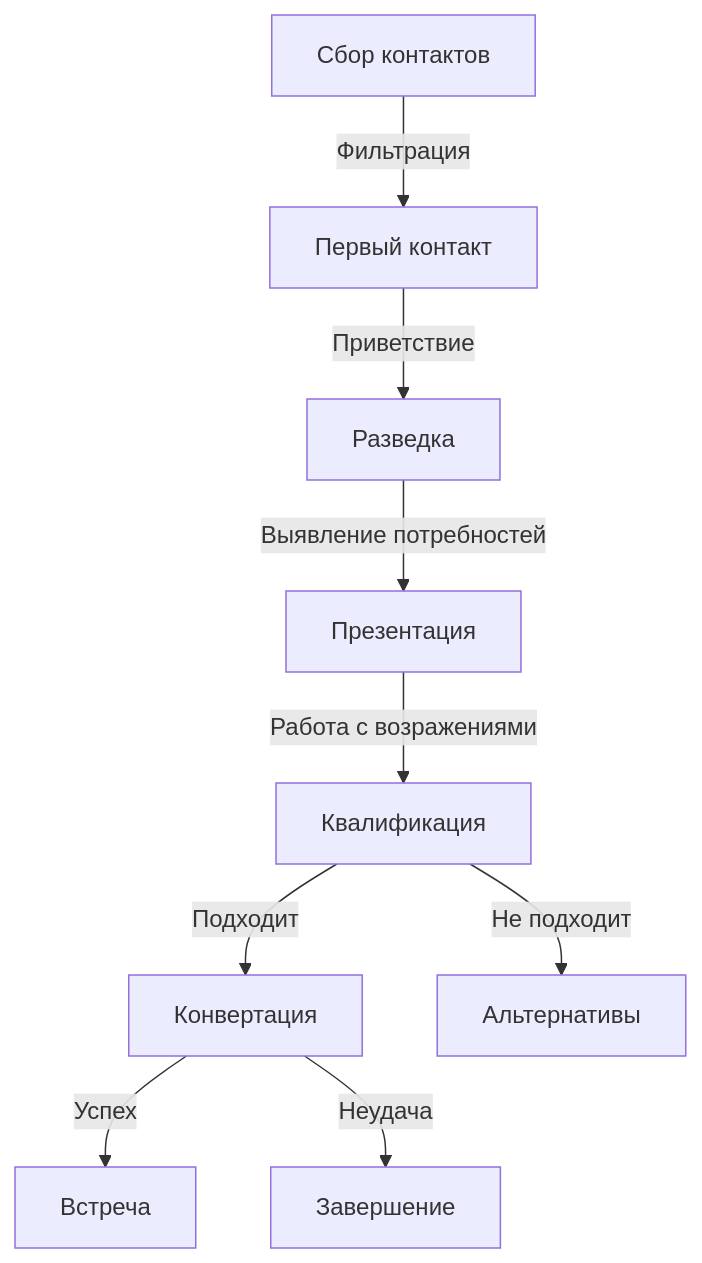
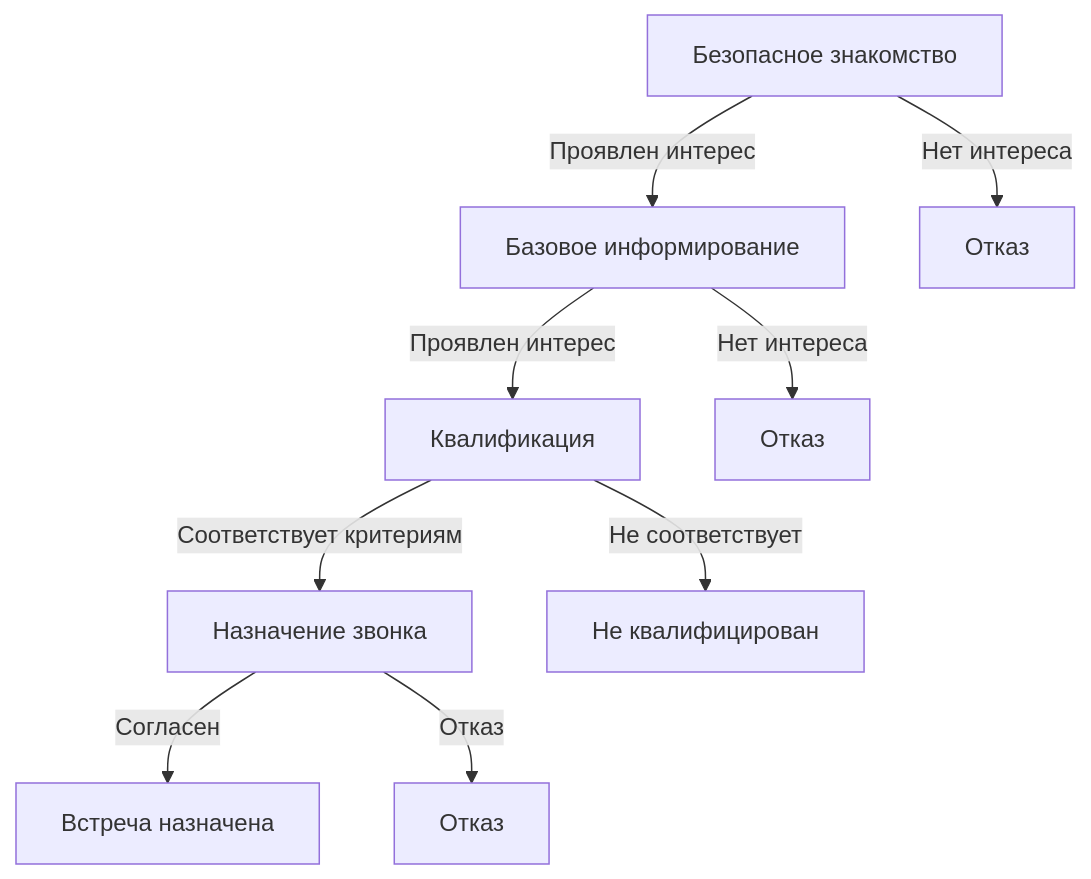
The diagram in docs/1 - current/features/dialogs/sales_process.md (leshchenko1979/ai_sales), drawn with Mermaid before and after one commit. The commit also changed other lines of this file and 1 other file, not shown here.

````diff
--- a/docs/1 - current/features/dialogs/sales_process.md
+++ b/docs/1 - current/features/dialogs/sales_process.md
@@ -8,11 +8,11 @@
 ```mermaid
 graph TD
-    A[Сбор контактов] -->|Фильтрация| B[Первый контакт]
-    B -->|Приветствие| C[Разведка]
-    C -->|Выявление потребностей| D[Презентация]
-    D -->|Работа с возражениями| E[Квалификация]
-    E -->|Подходит| F[Конвертация]
-    E -->|Не подходит| G[Альтернативы]
-    F -->|Успех| H[Встреча]
-    F -->|Неудача| I[Завершение]
+    A[Безопасное знакомство] -->|Проявлен интерес| B[Базовое информирование]
+    A -->|Нет интереса| R1[Отказ]
+    B -->|Проявлен интерес| C[Квалификация]
+    B -->|Нет интереса| R2[Отказ]
+    C -->|Соответствует критериям| D[Назначение звонка]
+    C -->|Не соответствует| NQ[Не квалифицирован]
+    D -->|Согласен| M[Встреча назначена]
+    D -->|Отказ| R3[Отказ]
 ```
````
